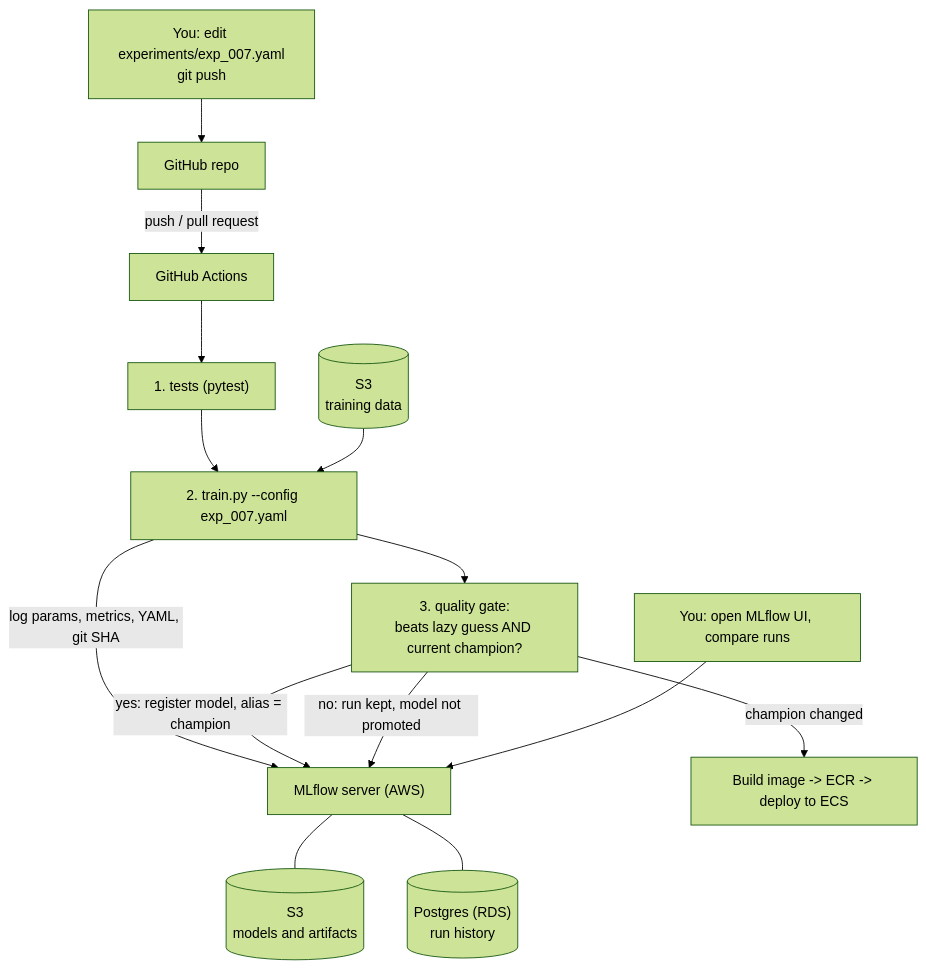
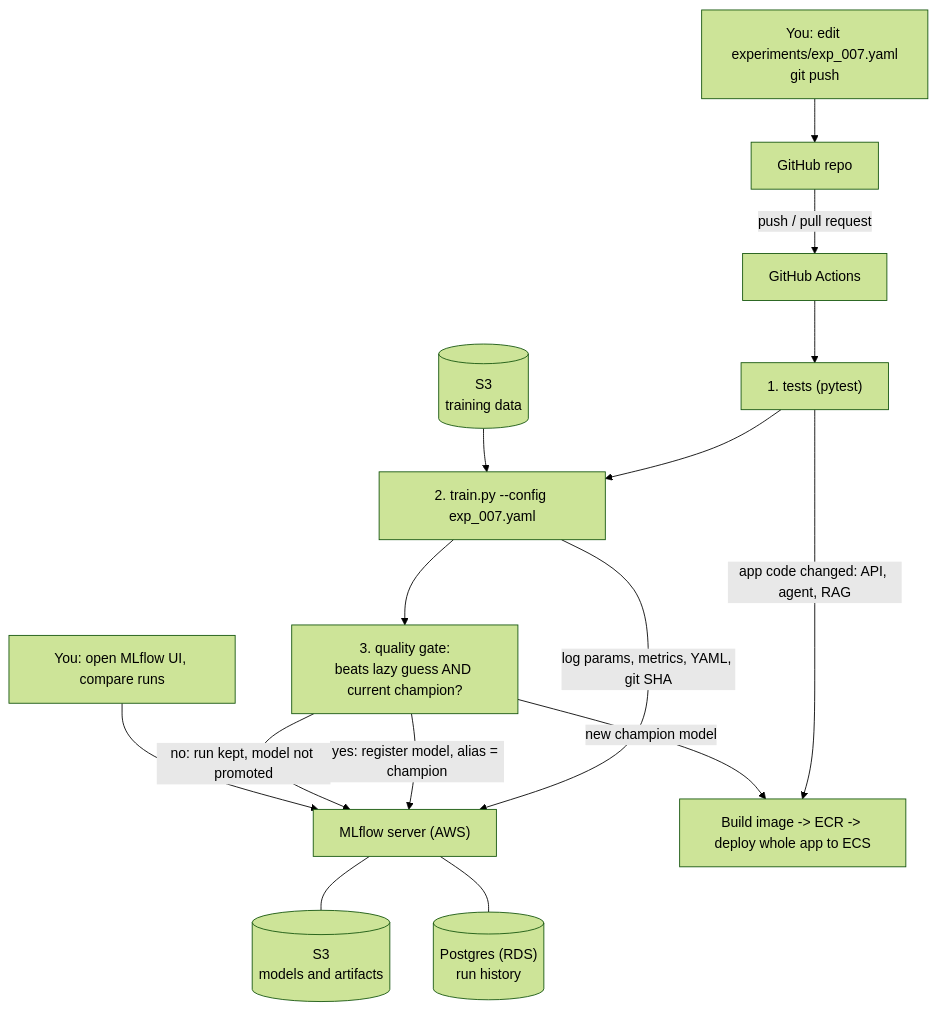
The second of 6 diagrams in docs/mlops_aws_plan.md (Pradeep1777/weather-forecast), drawn with Mermaid (forest theme) before and after one commit. The commit also changed other lines of this file and 5 other files, not shown here.

First line of the commit message:
Add /ask API tests and ruff to CI; AWS plan covers the whole app

````diff
--- a/docs/mlops_aws_plan.md
+++ b/docs/mlops_aws_plan.md
@@ -35,16 +35,17 @@
 ```mermaid
 flowchart TD
     DEV["You: edit experiments/exp_007.yaml<br/>git push"] --> GH["GitHub repo"]
     GH -->|push / pull request| CI["GitHub Actions"]
     CI --> T1["1. tests (pytest)"]
     T1 --> T2["2. train.py --config exp_007.yaml"]
     T2 --> T3["3. quality gate:<br/>beats lazy guess AND current champion?"]
     T2 -->|log params, metrics, YAML, git SHA| MLF["MLflow server (AWS)"]
     T3 -->|yes: register model, alias = champion| MLF
     T3 -->|no: run kept, model not promoted| MLF
     MLF --- S3[("S3<br/>models and artifacts")]
     MLF --- RDS[("Postgres (RDS)<br/>run history")]
     S3D[("S3<br/>training data")] --> T2
-    T3 -->|champion changed| DEP["Build image -> ECR -> deploy to ECS"]
+    T1 -->|app code changed: API, agent, RAG| DEP["Build image -> ECR -> deploy whole app to ECS"]
+    T3 -->|new champion model| DEP
     YOU["You: open MLflow UI, compare runs"] --> MLF
 ```
````
